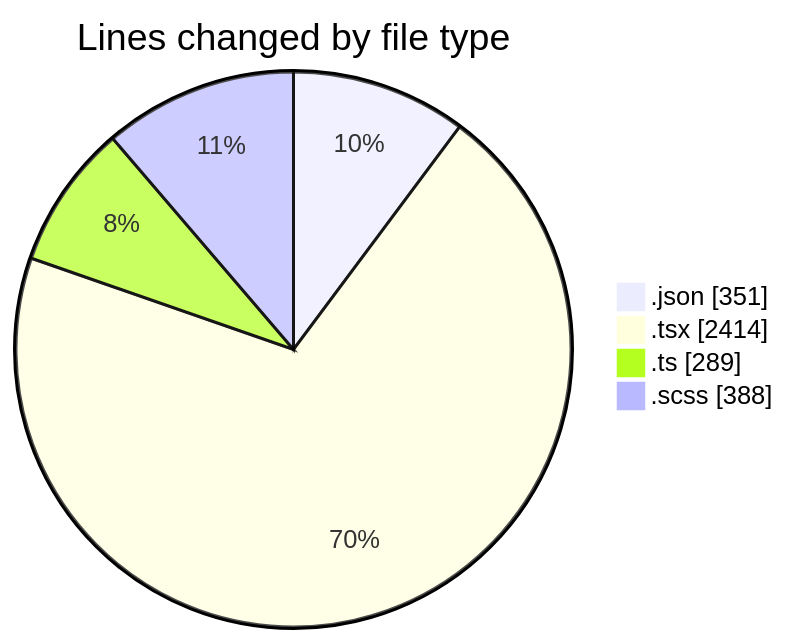
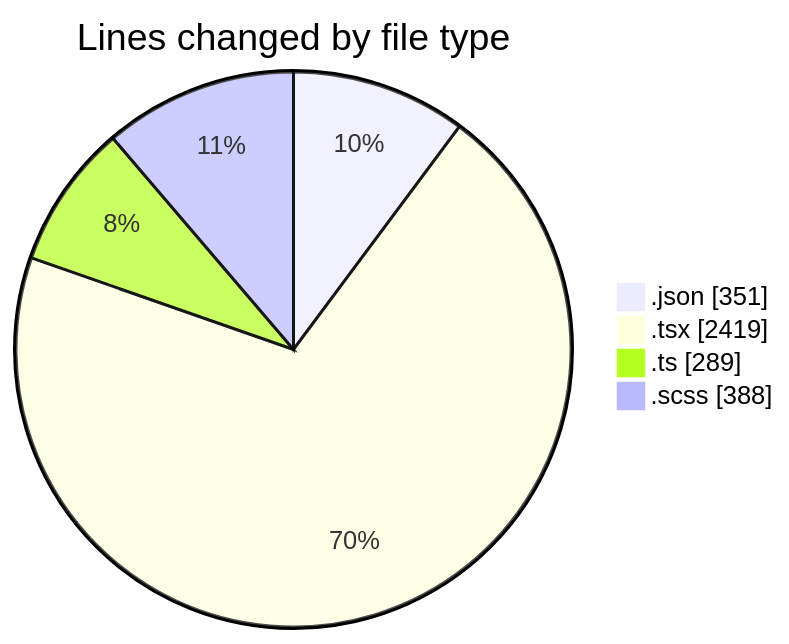
Before and after one commit to momahboobian/code-tracking: the first of 2 diagrams in 2026-04-22/cda/README.md, drawn with Mermaid. The commit also changed other lines of this file and 1 other file, not shown here.

````diff
--- a/2026-04-22/cda/README.md
+++ b/2026-04-22/cda/README.md
@@ -46,8 +46,8 @@
 ```mermaid
 pie showData
 title Lines changed by file type
 ".json" : 351
-".tsx" : 2414
+".tsx" : 2419
 ".ts" : 289
 ".scss" : 388
 ```
````
